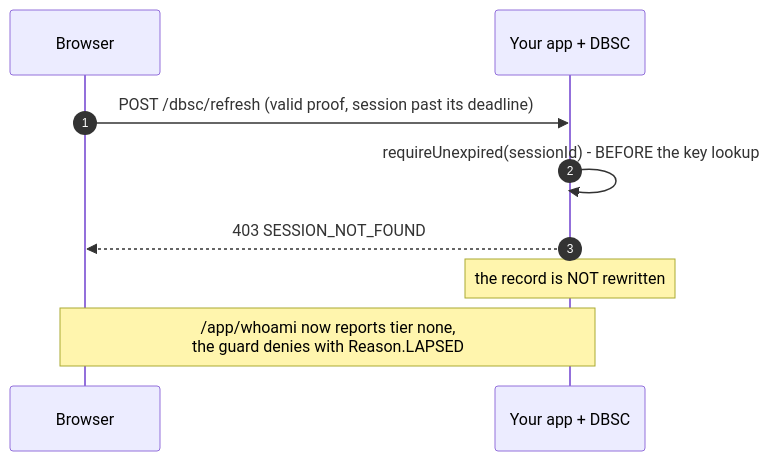
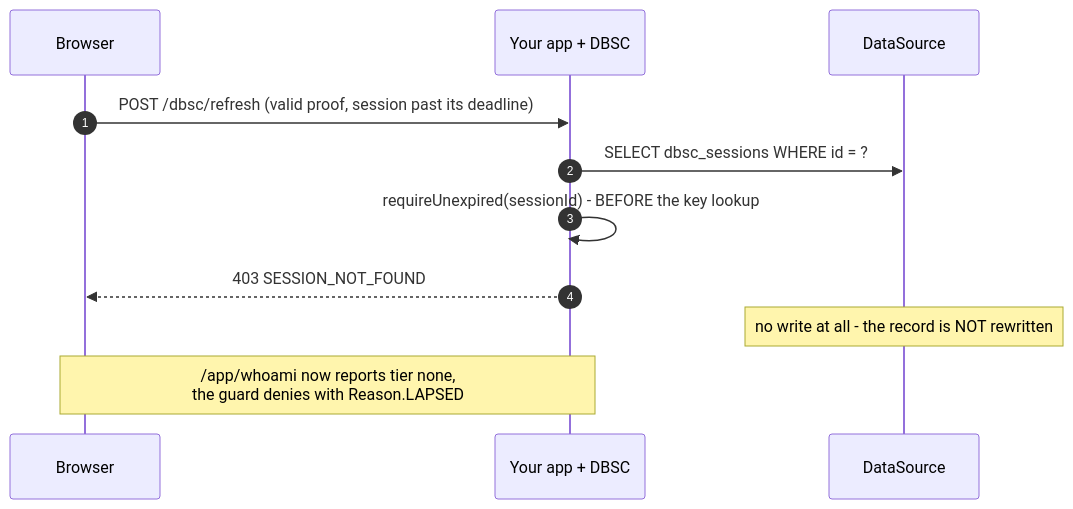
The fifth of 12 diagrams in README.md (yuukioosaka/spring-dbsc), drawn with Mermaid before and after one commit. The commit also changed other lines of this file, not shown here.

First line of the commit message:
README: fix the login/registration cookie story and add storage to the diagrams

````diff
--- a/README.md
+++ b/README.md
@@ -593,12 +627,14 @@
 ```mermaid
 sequenceDiagram
     autonumber
     participant B as Browser
     participant S as Your app + DBSC
+    participant D as DataSource
 
     B->>S: POST /dbsc/refresh  (valid proof, session past its deadline)
+    S->>D: SELECT dbsc_sessions WHERE id = ?
     S->>S: requireUnexpired(sessionId) - BEFORE the key lookup
     S-->>B: 403 SESSION_NOT_FOUND
-    Note over S: the record is NOT rewritten
+    Note over D: no write at all - the record is NOT rewritten
     Note over B,S: /app/whoami now reports tier none,<br/>the guard denies with Reason.LAPSED
 ```
````
